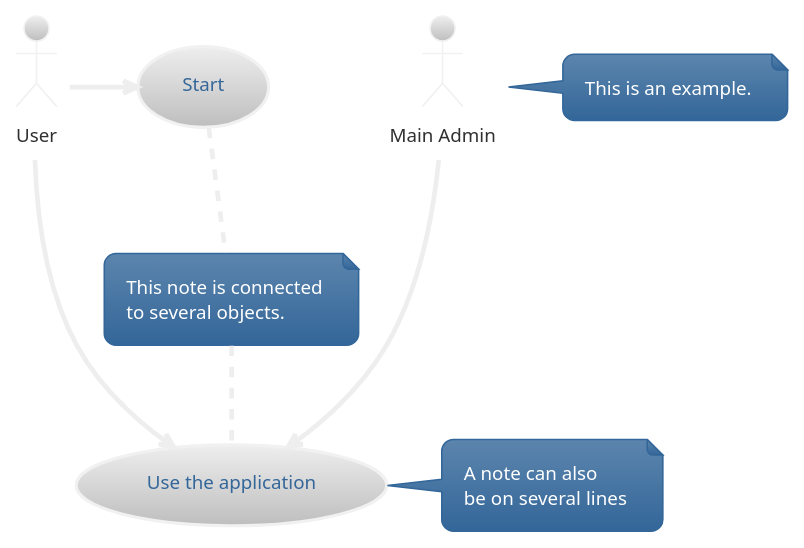
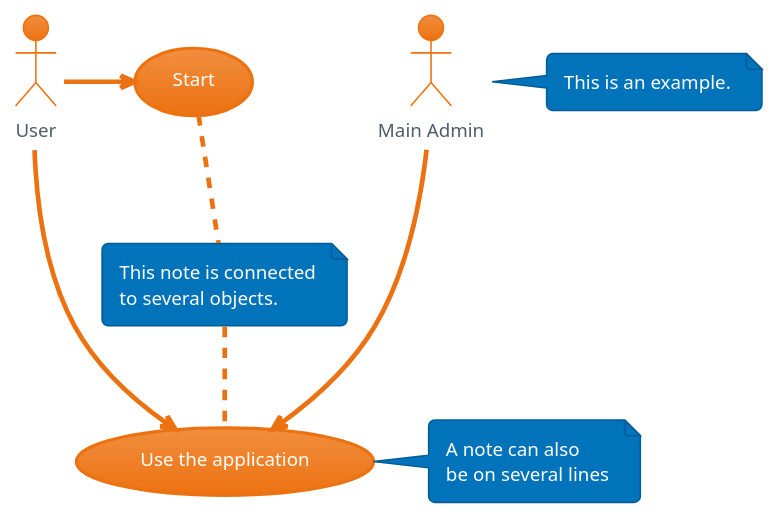
One commit to adautomendes/plantUmlAutomation changed the diagram in diagrams/usecaseDiagram.puml. Above: the diagram before and after it, drawn with PlantUML. The commit also changed 5 other files, not shown here.

Commit message:
Change theme to AWS

```diff
--- a/diagrams/usecaseDiagram.puml
+++ b/diagrams/usecaseDiagram.puml
@@ -1,22 +1,22 @@
 @startuml
-!theme silver
+!theme aws-orange
 
 :Main Admin: as Admin
 (Use the application) as (Use)
 
 User -> (Start)
 User --> (Use)
 
 Admin ---> (Use)
 
 note right of Admin : This is an example.
 
 note right of (Use)
   A note can also
   be on several lines
 end note
 
 note "This note is connected\nto several objects." as N2
 (Start) .. N2
 N2 .. (Use)
 @enduml
```
